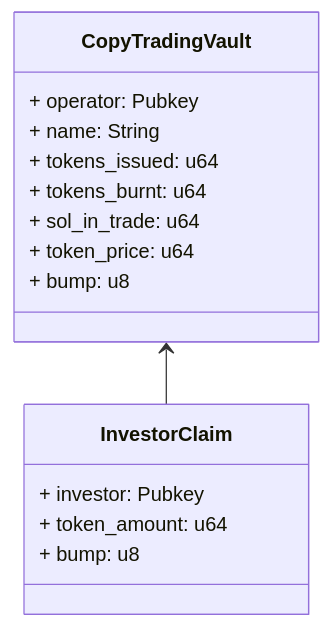
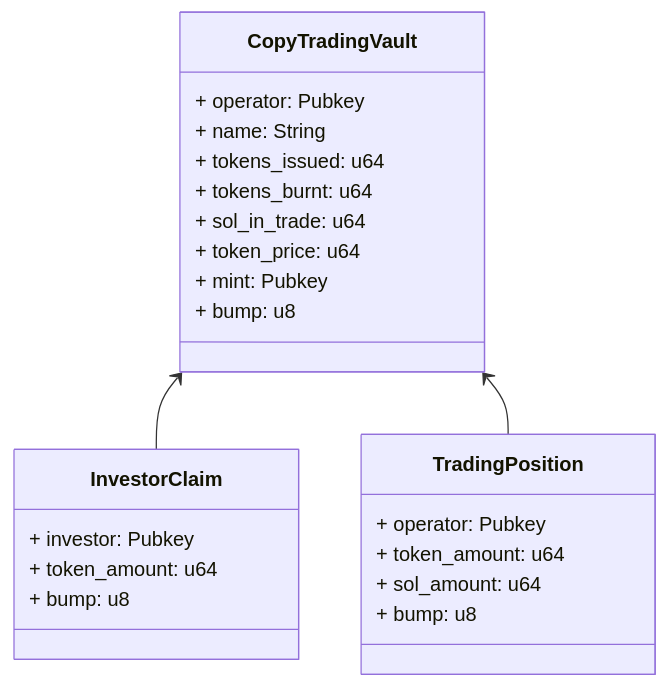
One commit to n3m6/Q2_25_Builder_Faraz changed the third of 8 diagrams in docs/Architecture.md. Above: the diagram before and after it, drawn with Mermaid. The commit also changed other lines of this file, not shown here.

````diff
--- a/docs/Architecture.md
+++ b/docs/Architecture.md
@@ -77,20 +77,29 @@
 ```mermaid
 classDiagram
 class CopyTradingVault {
     + operator: Pubkey
     + name: String
     + tokens_issued: u64
     + tokens_burnt: u64
     + sol_in_trade: u64
     + token_price: u64
+    + mint: Pubkey
+    + bump: u8
+}
+
+class TradingPosition {
+    + operator: Pubkey
+    + token_amount: u64
+    + sol_amount: u64
     + bump: u8
 }
 
 class InvestorClaim {
     + investor: Pubkey
     + token_amount: u64
     + bump: u8
 }
 
 CopyTradingVault <-- InvestorClaim
+CopyTradingVault <-- TradingPosition
 ```
````
